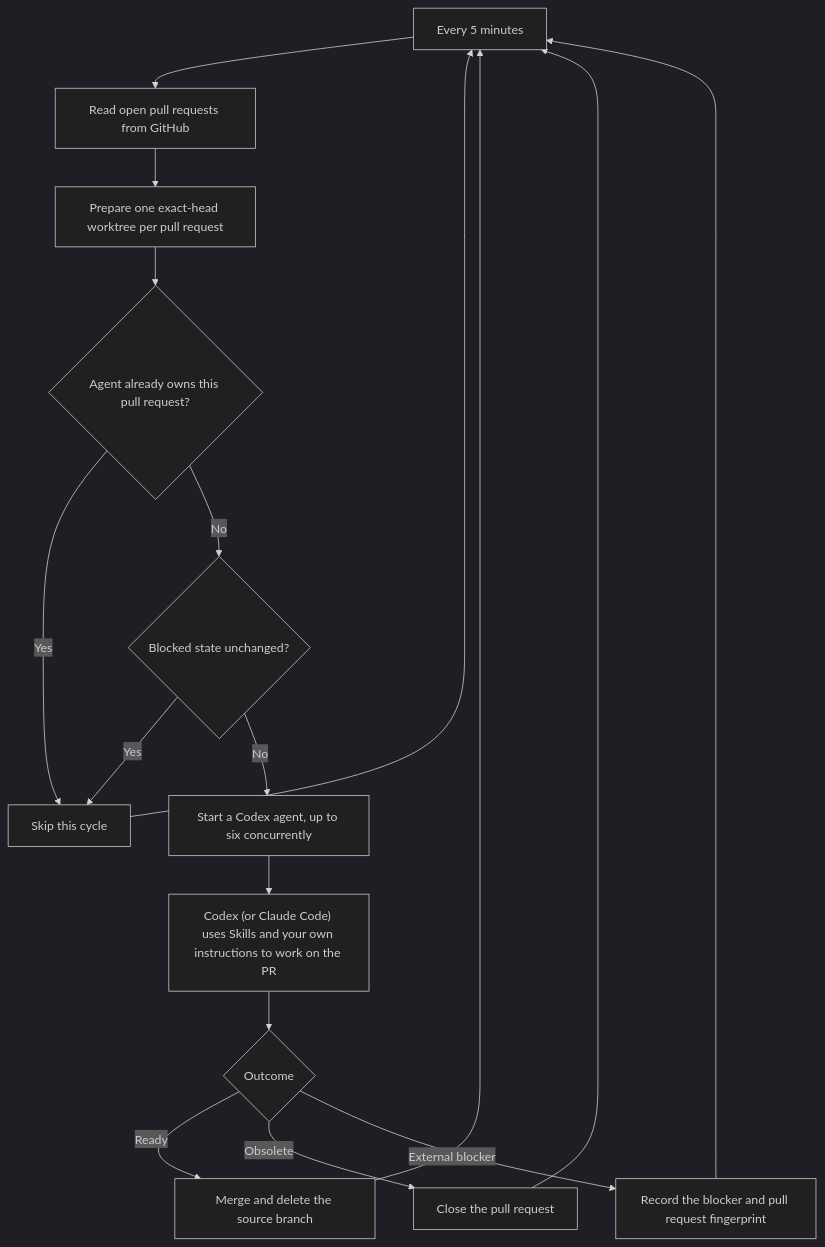
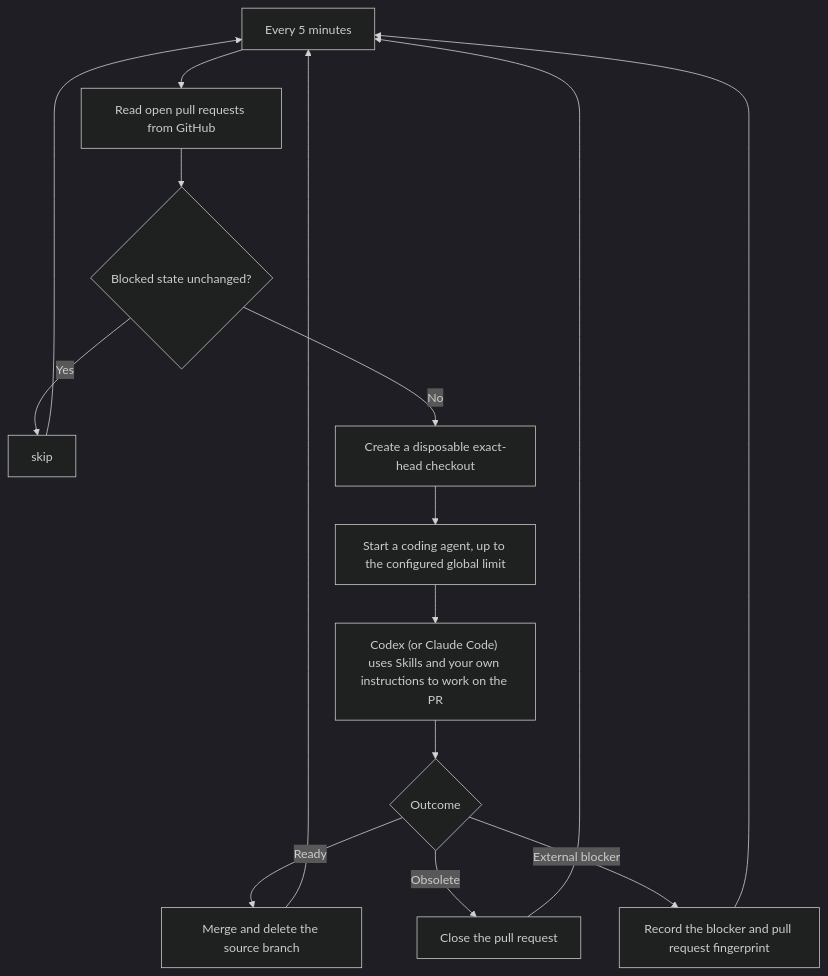
The diagram in README.md (vite-hub/vitehub), drawn with Mermaid (dark theme) before and after one commit. The commit also changed other lines of this file and 10 other files, not shown here.

Commit message:
refactor: run pull requests in disposable boxes (#1)

````diff
--- a/README.md
+++ b/README.md
@@ -7,19 +7,17 @@
 ```mermaid
 flowchart TD
     schedule["Every 5 minutes"] --> discover["Read open pull requests from GitHub"]
-    discover --> reconcile["Prepare one exact-head worktree per pull request"]
-    reconcile --> owned{"Agent already owns this pull request?"}
-    owned -- Yes --> skip["Skip this cycle"]
-    owned -- No --> unchanged{"Blocked state unchanged?"}
+    discover --> unchanged{"Blocked state unchanged?"}
     unchanged -- Yes --> skip
     skip --> schedule
-    unchanged -- No --> agent["Start a Codex agent, up to six concurrently"]
+    unchanged -- No --> checkout["Create a disposable exact-head checkout"]
+    checkout --> agent["Start a coding agent, up to the configured global limit"]
     agent --> work["Codex (or Claude Code) uses Skills and your own instructions to work on the PR"]
     work --> outcome{"Outcome"}
     outcome -- Ready --> merge["Merge and delete the source branch"]
     outcome -- Obsolete --> close["Close the pull request"]
     outcome -- External blocker --> block["Record the blocker and pull request fingerprint"]
     block --> schedule
     merge --> schedule
     close --> schedule
 ```
````
